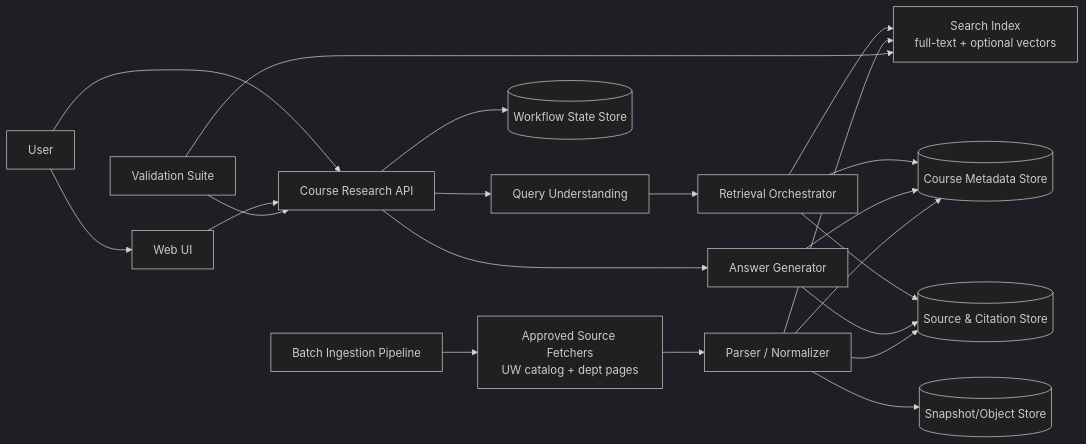
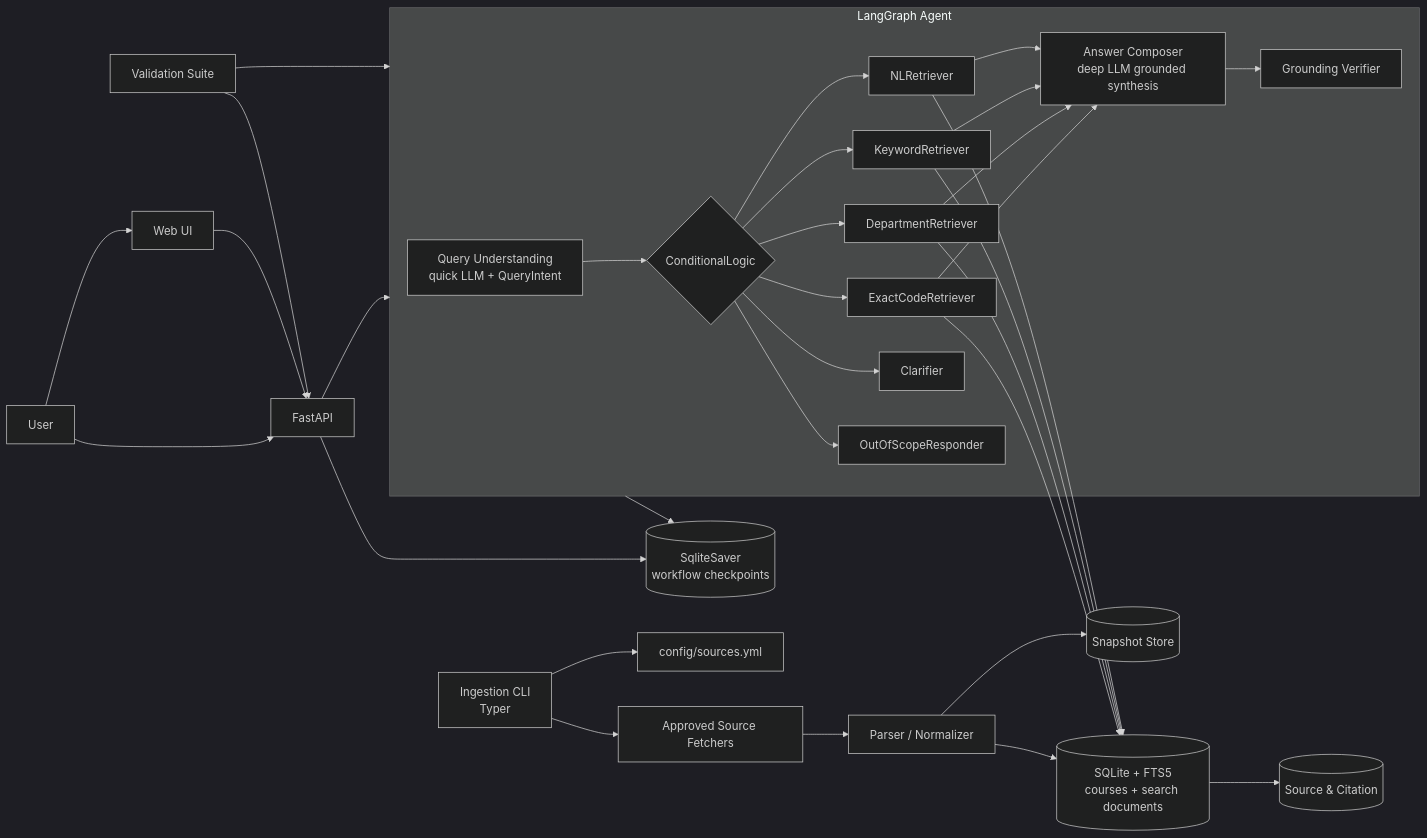
Before and after one commit to donghuizhuo/research-agent: the diagram in docs/design/course-search-high-level-design.md, drawn with Mermaid (dark theme). The commit also changed other lines of this file and 6 other files, not shown here.

Commit message:
Pivot implementation to Python LangGraph agent architecture

````diff
--- a/docs/design/course-search-high-level-design.md
+++ b/docs/design/course-search-high-level-design.md
@@ -146,25 +148,49 @@
 ```mermaid
 flowchart LR
   U[User] --> UI[Web UI]
-  U --> API[Course Research API]
+  U --> API[FastAPI]
   UI --> API
-  API --> QS[Query Understanding]
-  QS --> RET[Retrieval Orchestrator]
-  RET --> IDX[Search Index\nfull-text + optional vectors]
-  RET --> CDB[(Course Metadata Store)]
-  RET --> SDB[(Source & Citation Store)]
-  API --> AG[Answer Generator]
-  AG --> CDB
-  AG --> SDB
-  API --> WFS[(Workflow State Store)]
+  API --> GRAPH[LangGraph CourseResearchGraph]
 
-  ING[Batch Ingestion Pipeline] --> FETCH[Approved Source Fetchers\nUW catalog + dept pages]
+  subgraph GRAPH[LangGraph Agent]
+    QS[Query Understanding<br/>quick LLM + QueryIntent]
+    ROUTE{ConditionalLogic}
+    EX[ExactCodeRetriever]
+    DP[DepartmentRetriever]
+    KW[KeywordRetriever]
+    NL[NLRetriever]
+    CL[Clarifier]
+    OOS[OutOfScopeResponder]
+    AC[Answer Composer<br/>deep LLM grounded synthesis]
+    GV[Grounding Verifier]
+    QS --> ROUTE
+    ROUTE --> EX
+    ROUTE --> DP
+    ROUTE --> KW
+    ROUTE --> NL
+    ROUTE --> CL
+    ROUTE --> OOS
+    EX --> AC
+    DP --> AC
+    KW --> AC
+    NL --> AC
+    AC --> GV
+  end
+
+  EX --> IDX[(SQLite + FTS5<br/>courses + search documents)]
+  DP --> IDX
+  KW --> IDX
+  NL --> IDX
+  IDX --> CDB[(Source & Citation)]
+  API --> CK[(SqliteSaver<br/>workflow checkpoints)]
+  GRAPH --> CK
+
+  ING[Ingestion CLI<br/>Typer] --> REG[config/sources.yml]
+  ING --> FETCH[Approved Source Fetchers]
   FETCH --> PARSE[Parser / Normalizer]
-  PARSE --> SDB
-  PARSE --> CDB
   PARSE --> IDX
-  PARSE --> SNAP[(Snapshot/Object Store)]
+  PARSE --> SNAP[(Snapshot Store)]
 
   VAL[Validation Suite] --> API
-  VAL --> IDX
+  VAL --> GRAPH
 ```
````
